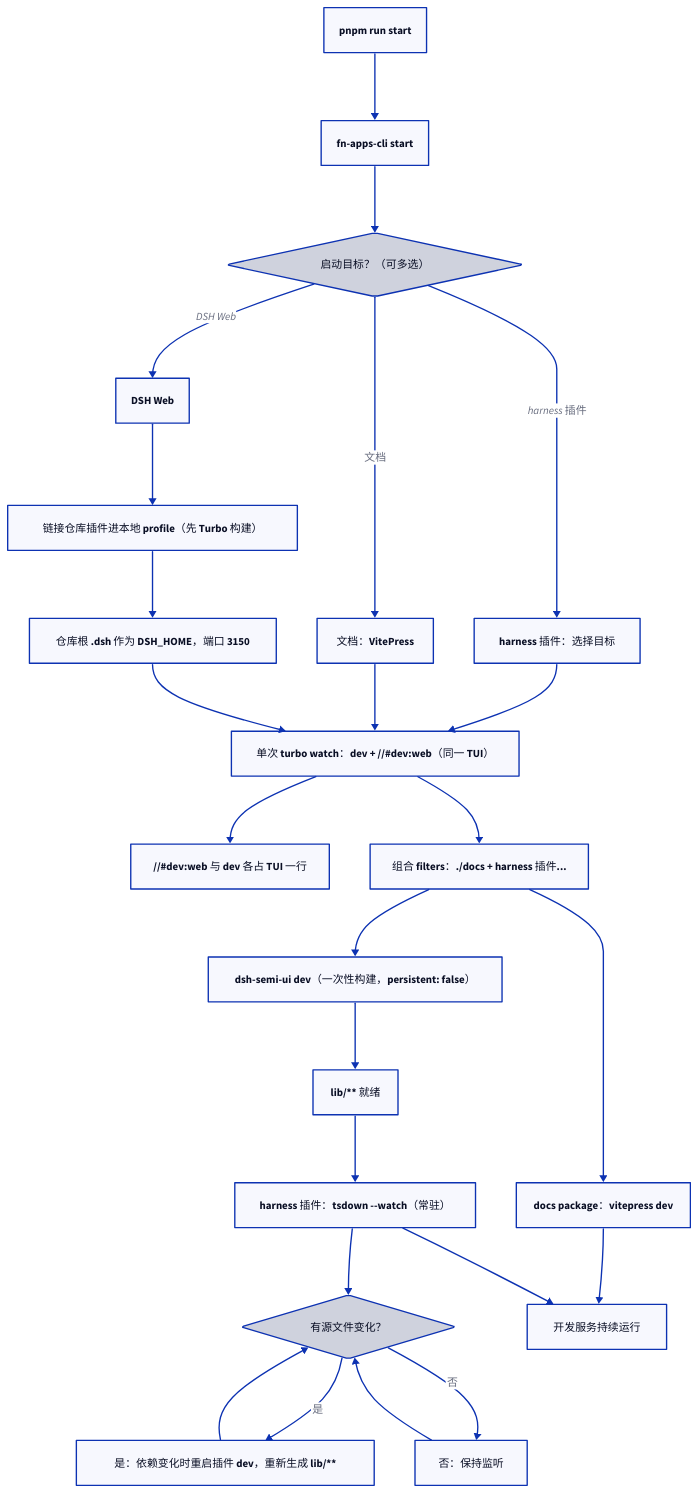
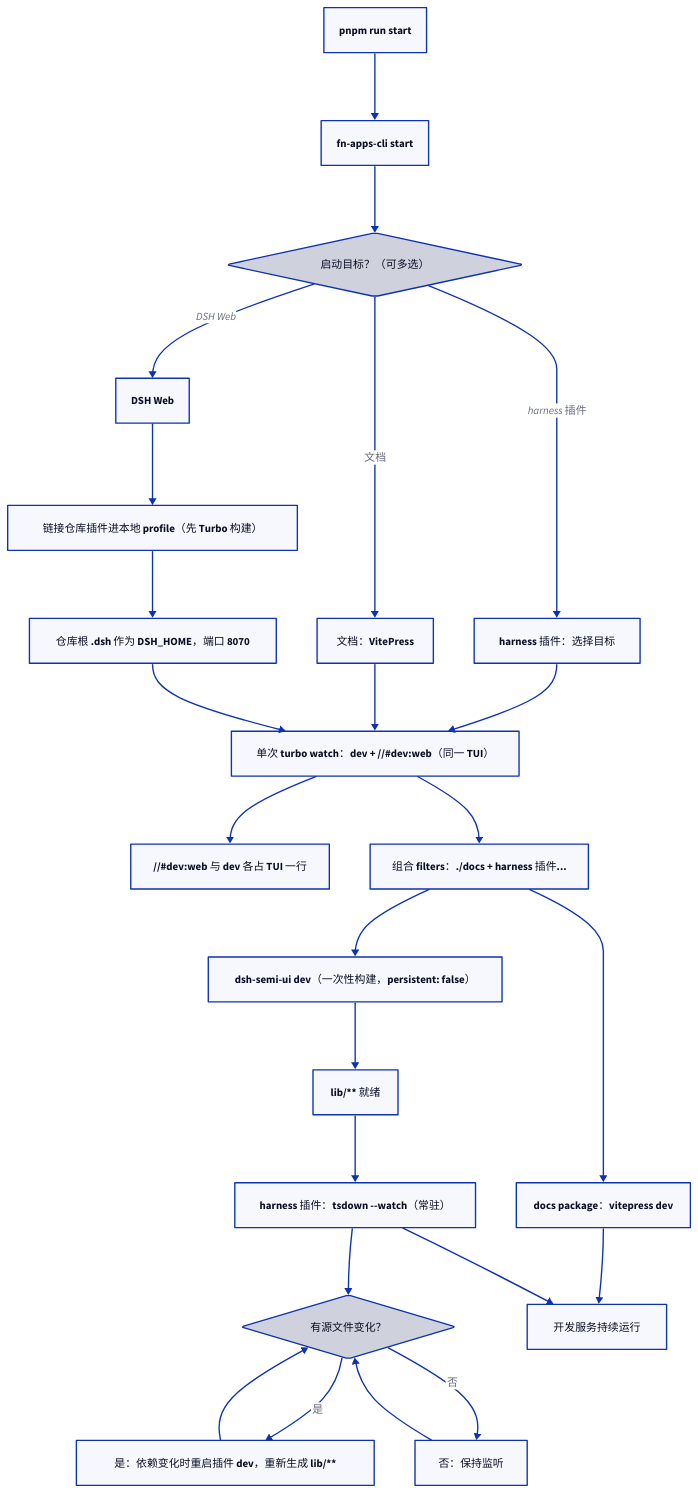
One commit to FNOSP/fnos-dsh changed the third of 13 diagrams in docs/development/package-tasks-and-turbo.md. Above: the diagram before and after it, drawn with D2. The commit also changed 6 other files, not shown here.

First line of the commit message:
chore: 调整本地开发端口为文档 8876、DSH Web 8070

````diff
--- a/docs/development/package-tasks-and-turbo.md
+++ b/docs/development/package-tasks-and-turbo.md
@@ -145,48 +145,48 @@
 ```d2
 direction: down
 
 command: "pnpm run start"
 cli: "fn-apps-cli start"
 select: {
   label: "启动目标？（可多选）"
   shape: diamond
 }
 plugins: "harness 插件：选择目标"
 docs: "文档：VitePress"
 web: "DSH Web"
 webPlugins: "链接仓库插件进本地 profile（先 Turbo 构建）"
 webUi: "//#dev:web 与 dev 各占 TUI 一行"
-webEnv: "仓库根 .dsh 作为 DSH_HOME，端口 3150"
+webEnv: "仓库根 .dsh 作为 DSH_HOME，端口 8070"
 turbo: "单次 turbo watch：dev + //#dev:web（同一 TUI）"
 filters: "组合 filters：./docs + harness 插件..."
 depDev: "dsh-semi-ui dev（一次性构建，persistent: false）"
 depDone: "lib/** 就绪"
 pluginWatch: "harness 插件：tsdown --watch（常驻）"
 docsWatch: "docs package：vitepress dev"
 changeStatus: {
   label: "有源文件变化？"
   shape: diamond
 }
 rebuild: "是：依赖变化时重启插件 dev，重新生成 lib/**"
 keep: "否：保持监听"
 services: "开发服务持续运行"
 
 command -> cli -> select
 select -> plugins: harness 插件
 select -> docs: 文档
 select -> web: DSH Web
 web -> webPlugins -> webEnv
 plugins -> turbo
 docs -> turbo
 webEnv -> turbo
 turbo -> webUi
 turbo -> filters
 filters -> depDev -> depDone -> pluginWatch
 filters -> docsWatch -> services
 pluginWatch -> changeStatus
 changeStatus -> rebuild: 是
 changeStatus -> keep: 否
 rebuild -> changeStatus
 keep -> changeStatus
 pluginWatch -> services
 ```
````
